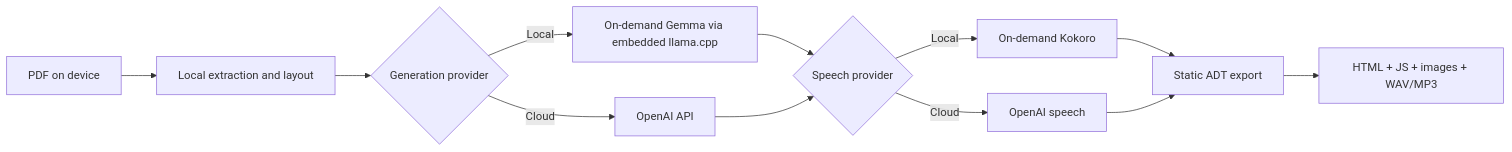
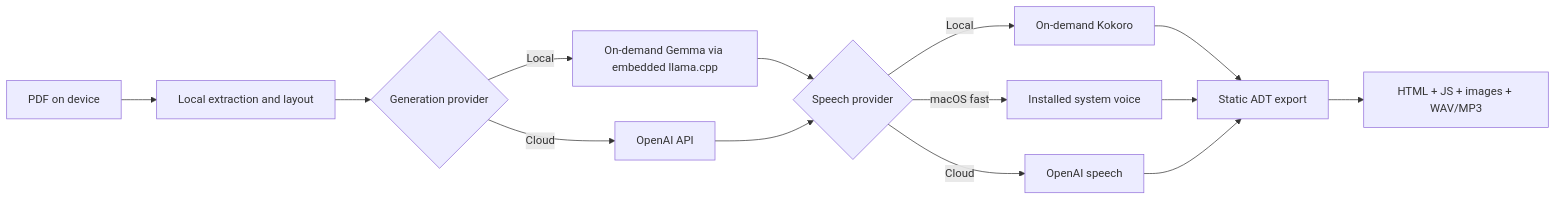
Before and after one commit to unicef/adt-studio: the diagram in docs/ADT_STUDIO_ENGINEERING_REVIEW_AND_MOMO_BENCHMARK_2026-08-03.md, drawn with Mermaid. The commit also changed other lines of this file and 96 other files, not shown here.

````diff
--- a/docs/ADT_STUDIO_ENGINEERING_REVIEW_AND_MOMO_BENCHMARK_2026-08-03.md
+++ b/docs/ADT_STUDIO_ENGINEERING_REVIEW_AND_MOMO_BENCHMARK_2026-08-03.md
@@ -39,14 +39,16 @@
 ```mermaid
 flowchart LR
   PDF["PDF on device"] --> EX["Local extraction and layout"]
   EX --> LLM{"Generation provider"}
   LLM -->|"Local"| G["On-demand Gemma via embedded llama.cpp"]
   LLM -->|"Cloud"| O["OpenAI API"]
   G --> TTS{"Speech provider"}
   O --> TTS
   TTS -->|"Local"| K["On-demand Kokoro"]
+  TTS -->|"macOS fast"| S["Installed system voice"]
   TTS -->|"Cloud"| OT["OpenAI speech"]
   K --> ADT["Static ADT export"]
+  S --> ADT
   OT --> ADT
   ADT --> OUT["HTML + JS + images + WAV/MP3"]
 ```
````
